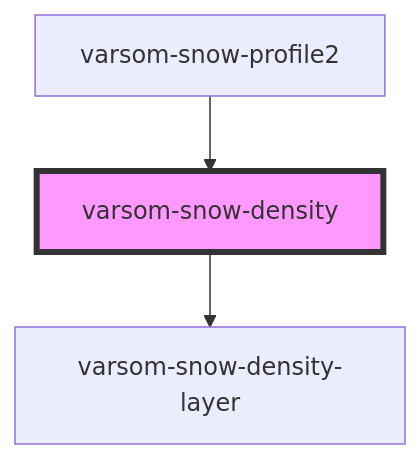
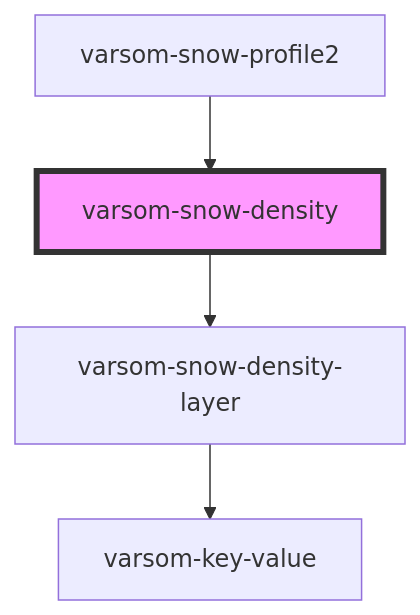
Before and after one commit to NVE/varsom-observation: the diagram in observasjonskort/src/components/varsom-snow-density/readme.md, drawn with Mermaid. The commit also changed 5 other files, not shown here.

Commit message:
updated snow denstity layer component

````diff
--- a/observasjonskort/src/components/varsom-snow-density/readme.md
+++ b/observasjonskort/src/components/varsom-snow-density/readme.md
@@ -30,6 +30,7 @@
 ```mermaid
 graph TD;
   varsom-snow-density --> varsom-snow-density-layer
+  varsom-snow-density-layer --> varsom-key-value
   varsom-snow-profile2 --> varsom-snow-density
   style varsom-snow-density fill:#f9f,stroke:#333,stroke-width:4px
 ```
````
